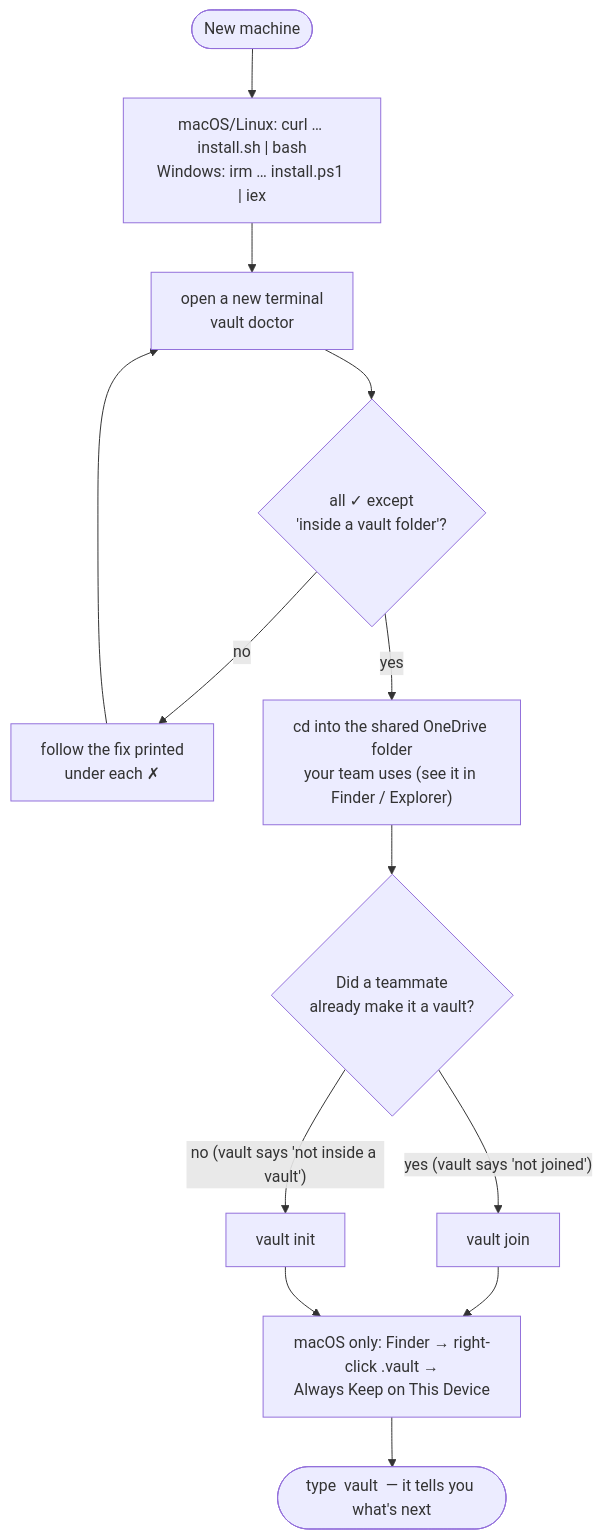
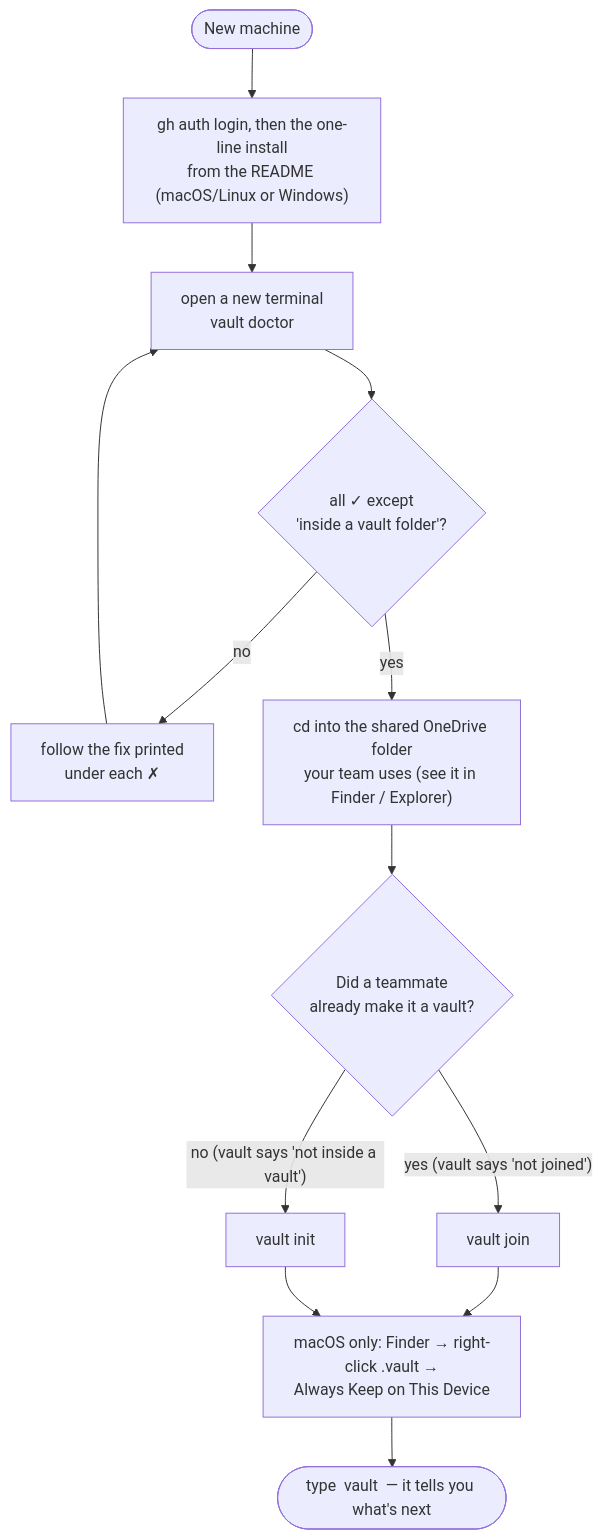
One commit to shashb27/vault changed the first of 6 diagrams in README.md. Above: the diagram before and after it, drawn with Mermaid. The commit also changed other lines of this file and 6 other files, not shown here.

First line of the commit message:
v0.3.0-beta.2: installers/update resolve newest release incl. pre-releases; gh api install one-liners

````diff
--- a/README.md
+++ b/README.md
@@ -90,14 +92,14 @@
 ```mermaid
 flowchart TD
-    A(["New machine"]) --> B["macOS/Linux: curl … install.sh | bash<br/>Windows: irm … install.ps1 | iex"]
+    A(["New machine"]) --> B["gh auth login, then the one-line install<br/>from the README (macOS/Linux or Windows)"]
     B --> C["open a new terminal<br/>vault doctor"]
     C --> D{"all ✓ except<br/>'inside a vault folder'?"}
     D -- no --> E["follow the fix printed<br/>under each ✗"] --> C
     D -- yes --> F["cd into the shared OneDrive folder<br/>your team uses (see it in Finder / Explorer)"]
     F --> G{"Did a teammate<br/>already make it a vault?"}
     G -- "yes (vault says 'not joined')" --> H["vault join"]
     G -- "no (vault says 'not inside a vault')" --> I["vault init"]
     H --> J["macOS only: Finder → right-click .vault →<br/>Always Keep on This Device"]
     I --> J
     J --> K(["type  vault  — it tells you what's next"])
 ```
````
